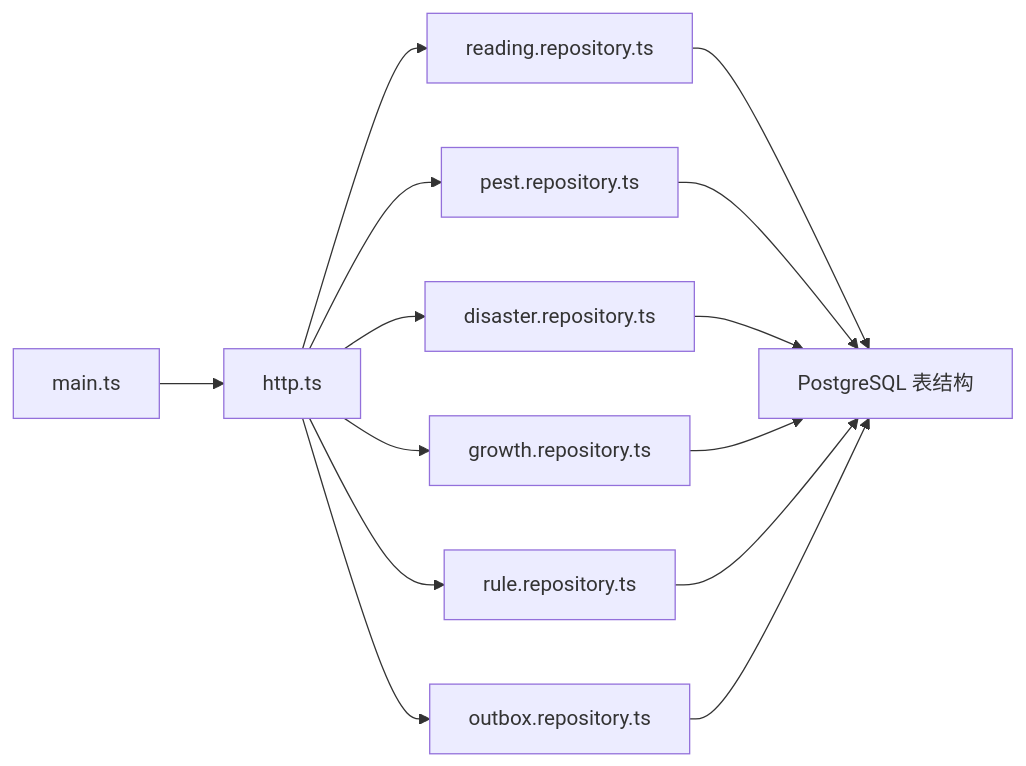
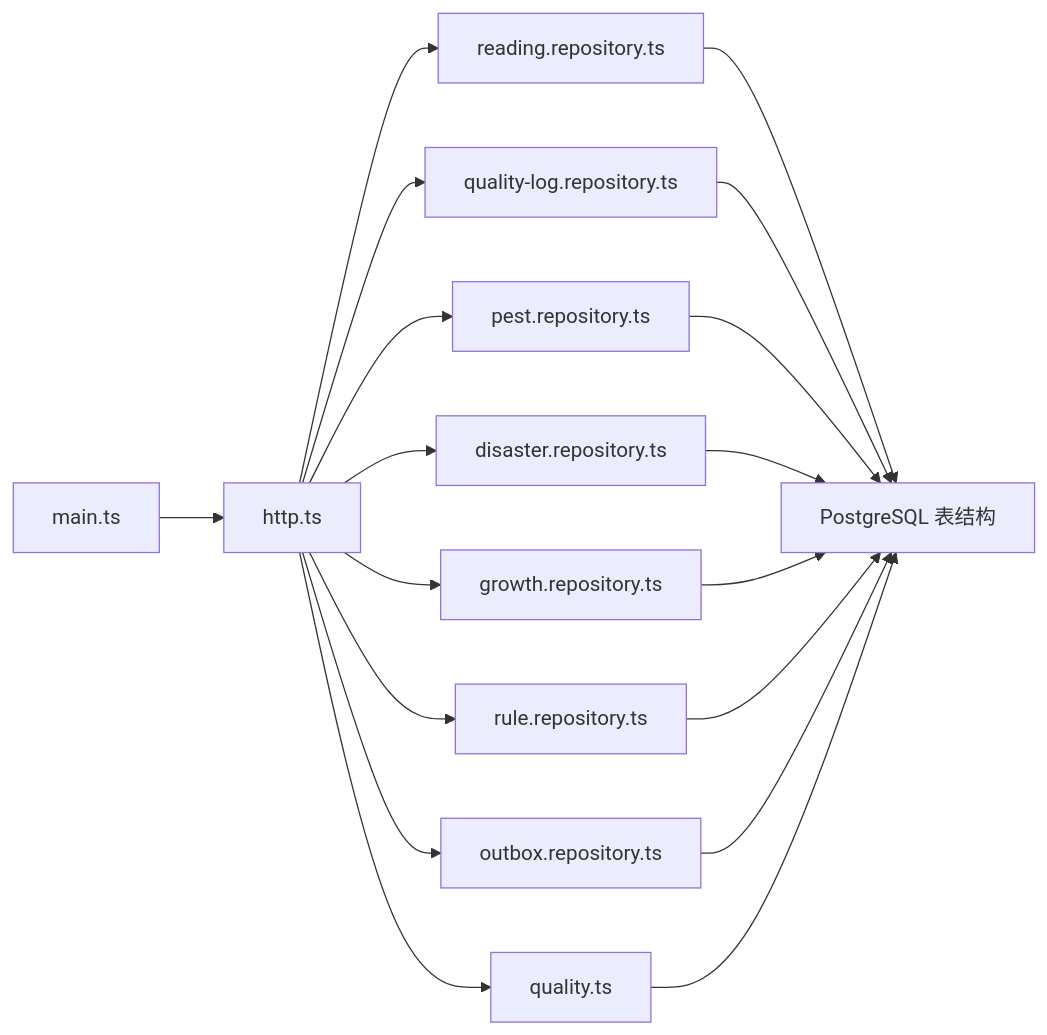
One commit to q446328246/agri-platform changed diagram 15 of 15 in .qoder/repowiki/zh/content/核心服务文档/遥测数据服务.md. Above: the diagram before and after it, drawn with Mermaid. The commit also changed other lines of this file and 15 other files, not shown here.

````diff
--- a/.qoder/repowiki/zh/content/核心服务文档/遥测数据服务.md
+++ b/.qoder/repowiki/zh/content/核心服务文档/遥测数据服务.md
@@ -569,16 +704,20 @@
 ```mermaid
 graph LR
 Main["main.ts"] --> Http["http.ts"]
 Http --> Repo["reading.repository.ts"]
+Http --> QualityLogRepo["quality-log.repository.ts"]
 Http --> PestRepo["pest.repository.ts"]
 Http --> DisasterRepo["disaster.repository.ts"]
 Http --> GrowthRepo["growth.repository.ts"]
 Http --> RuleRepo["rule.repository.ts"]
 Http --> Outbox["outbox.repository.ts"]
+Http --> Quality["quality.ts"]
 Repo --> DB["PostgreSQL 表结构"]
+QualityLogRepo --> DB
 PestRepo --> DB
 DisasterRepo --> DB
 GrowthRepo --> DB
 RuleRepo --> DB
 Outbox --> DB
+Quality --> DB
 ```
````
